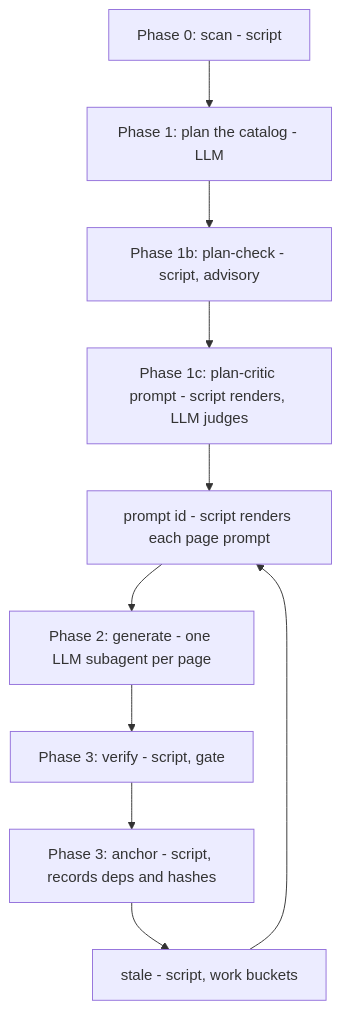
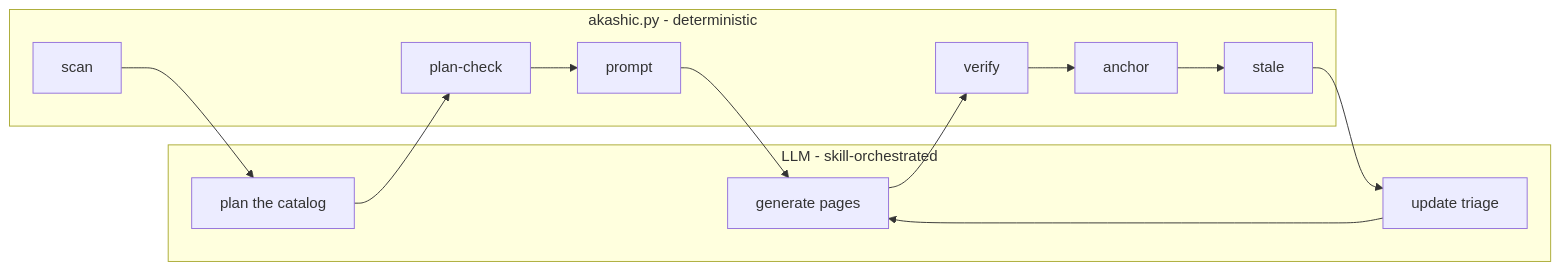
Before and after one commit to ARMeeru/akashic-record: the diagram in .akashic/wiki/index.md, drawn with Mermaid. The commit also changed other lines of this file and 3 other files, not shown here.

````diff
--- a/.akashic/wiki/index.md
+++ b/.akashic/wiki/index.md
@@ -38,12 +38,25 @@
 ```mermaid
-flowchart TD
-  scan["Phase 0: scan - script"] --> plan["Phase 1: plan the catalog - LLM"]
-  plan --> check["Phase 1b: plan-check - script, advisory"]
-  check --> critic["Phase 1c: plan-critic prompt - script renders, LLM judges"]
-  critic --> prompt["prompt id - script renders each page prompt"]
-  prompt --> gen["Phase 2: generate - one LLM subagent per page"]
-  gen --> verify["Phase 3: verify - script, gate"]
-  verify --> anchor["Phase 3: anchor - script, records deps and hashes"]
-  anchor --> stale["stale - script, work buckets"]
-  stale --> prompt
+flowchart LR
+  subgraph deterministic["akashic.py - deterministic"]
+    scan["scan"]
+    plancheck["plan-check"]
+    prompt["prompt"]
+    verify["verify"]
+    anchor["anchor"]
+    stale["stale"]
+  end
+  subgraph stochastic["LLM - skill-orchestrated"]
+    plan["plan the catalog"]
+    generate["generate pages"]
+    triage["update triage"]
+  end
+  scan --> plan
+  plan --> plancheck
+  plancheck --> prompt
+  prompt --> generate
+  generate --> verify
+  verify --> anchor
+  anchor --> stale
+  stale --> triage
+  triage --> generate
 ```
````
